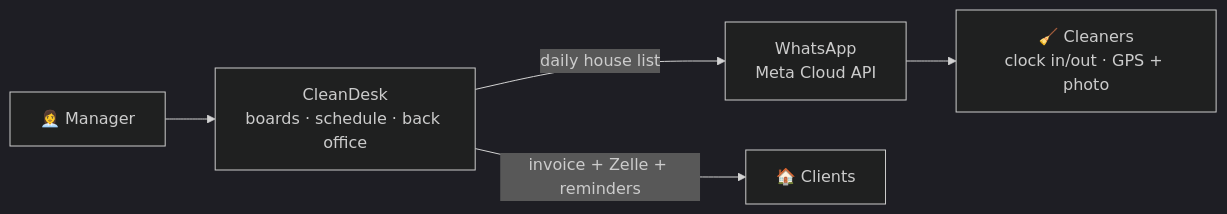
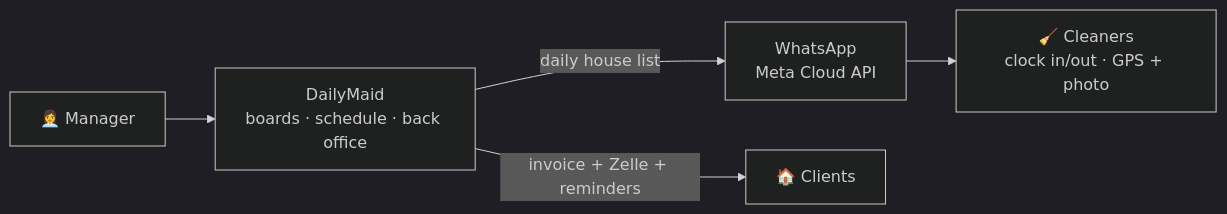
Before and after one commit to willgouveiaa/willgouveiaa: diagram 11 of 11 in README.md, drawn with Mermaid (dark theme). The commit also changed other lines of this file, not shown here.

Commit message:
Rename CleanDesk to DailyMaid in README

````diff
--- a/README.md
+++ b/README.md
@@ -373,7 +373,7 @@
 ```mermaid
 flowchart LR
-    MGR["👩‍💼 Manager"] --> CD["CleanDesk<br/>boards · schedule · back office"]
+    MGR["👩‍💼 Manager"] --> CD["DailyMaid<br/>boards · schedule · back office"]
     CD -->|daily house list| WA["WhatsApp<br/>Meta Cloud API"]
     WA --> CLN["🧹 Cleaners<br/>clock in/out · GPS + photo"]
     CD -->|invoice + Zelle + reminders| CLI["🏠 Clients"]
 ```
````
